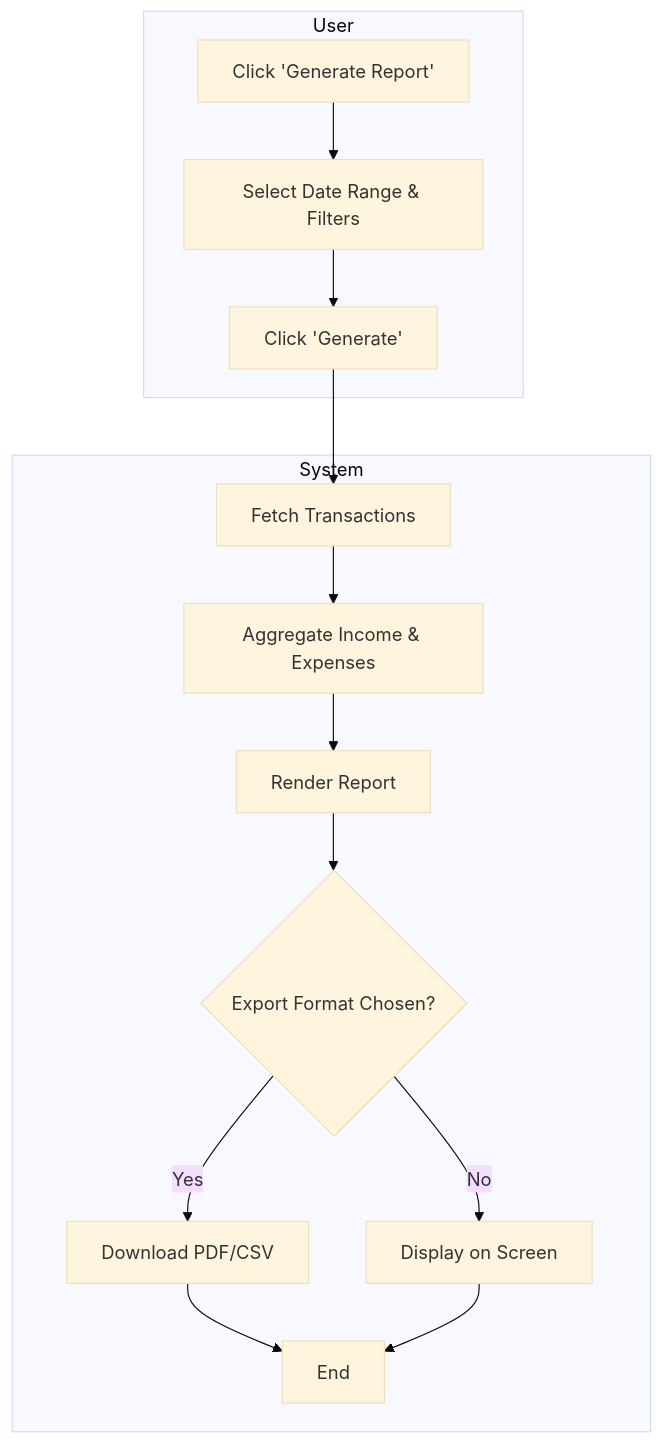
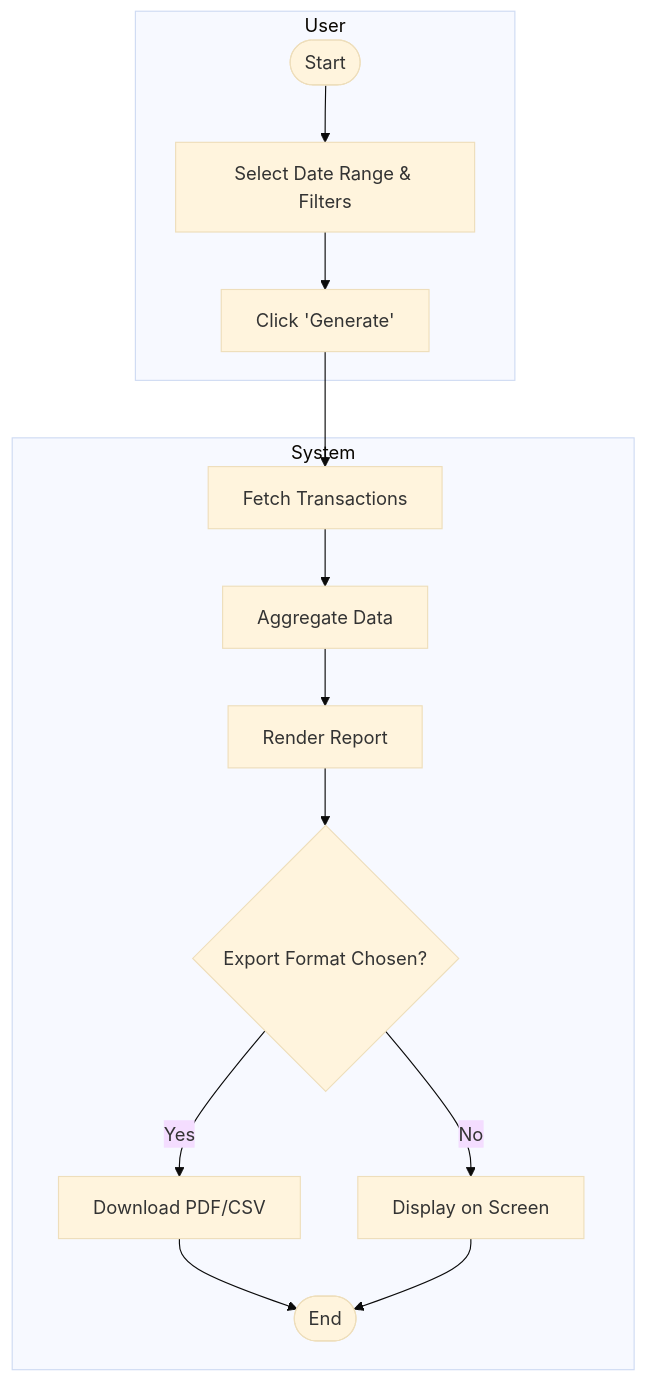
The sixth of 8 diagrams in Assignment_8/ACTIVITY_DIAGRAMS.md (Wareezy/Budget_Tracker), drawn with Mermaid (base theme) before and after one commit. The commit also changed other lines of this file, not shown here.

````diff
--- a/Assignment_8/ACTIVITY_DIAGRAMS.md
+++ b/Assignment_8/ACTIVITY_DIAGRAMS.md
@@ -162,24 +127,17 @@
 ```mermaid
 
 flowchart TD
     subgraph User
-        A1[Click 'Generate Report']
-        A2[Select Date Range & Filters]
-        A3[Click 'Generate']
+        A1([Start]) --> A2[Select Date Range & Filters] --> A3[Click 'Generate']
     end
 
     subgraph System
-        B1[Fetch Transactions]
-        B2[Aggregate Income & Expenses]
-        B3[Render Report]
-        B4{Export Format Chosen?}
-        B5[Download PDF/CSV]
-        B6[Display on Screen]
-        B7[End]
+        B1[Fetch Transactions] --> B2[Aggregate Data] --> B3[Render Report]
+        B3 --> B4{Export Format Chosen?}
+        B4 -- Yes --> B5[Download PDF/CSV] --> B6([End])
+        B4 -- No --> B7[Display on Screen] --> B6
     end
 
-    A1 --> A2 --> A3 --> B1 --> B2 --> B3 --> B4
-    B4 -- Yes --> B5 --> B7
-    B4 -- No --> B6 --> B7
+    A3 --> B1
 
 ```
````
